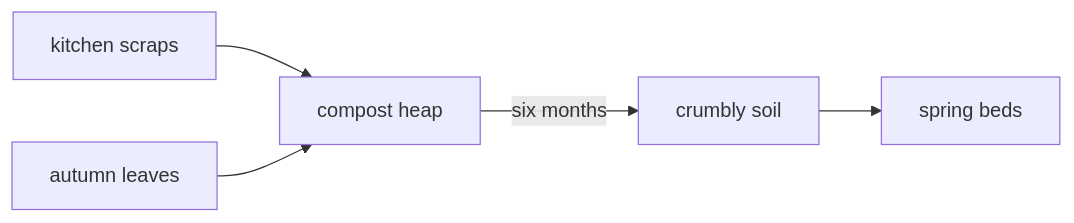
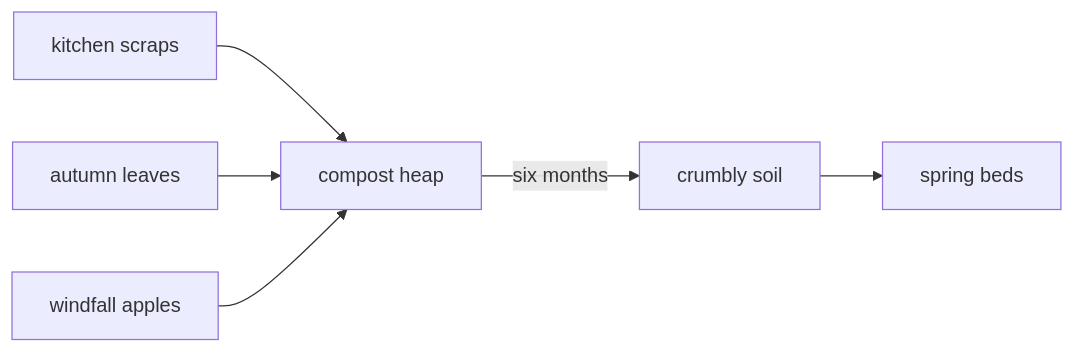
One commit to hibigarden/site changed the diagram in src/demo-notes/notes/compost.md. Above: the diagram before and after it, drawn with Mermaid. The commit also changed other lines of this file and 16 other files, not shown here.

````diff
--- a/src/demo-notes/notes/compost.md
+++ b/src/demo-notes/notes/compost.md
@@ -3,7 +5,8 @@
 ```mermaid
 flowchart LR
   scraps[kitchen scraps] --> heap[compost heap]
   leaves[autumn leaves] --> heap
+  apples[windfall apples] --> heap
   heap -->|six months| soil[crumbly soil]
   soil --> beds[spring beds]
 ```
````
